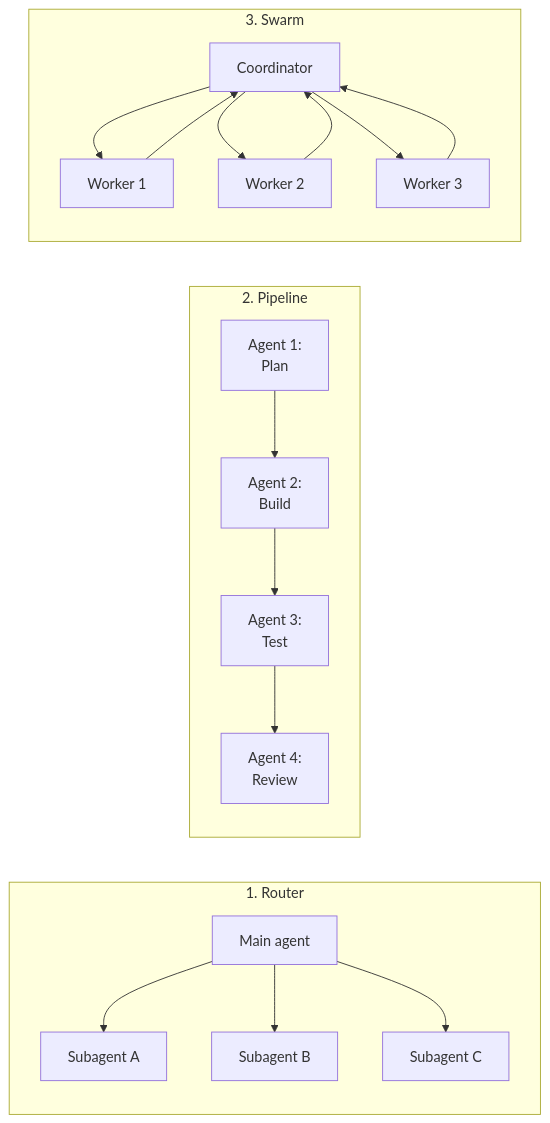
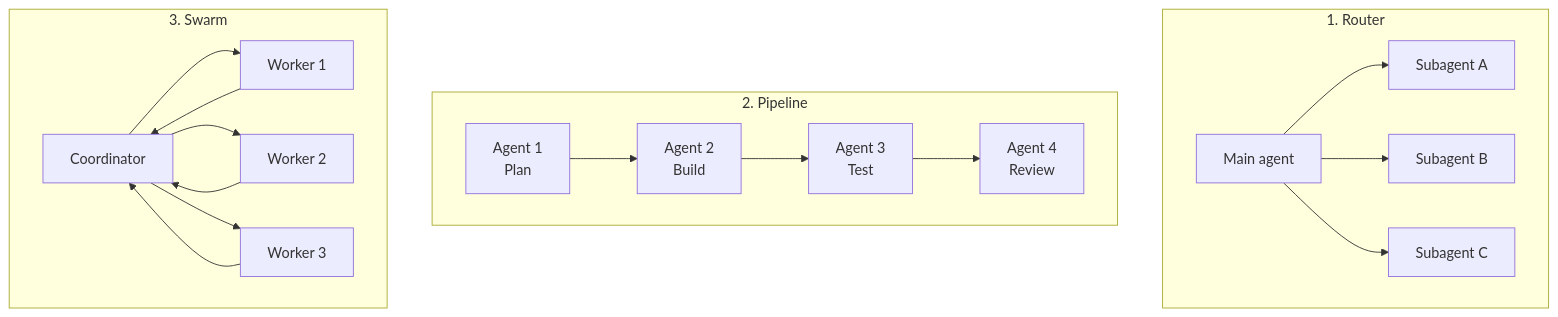
One commit to Isfhan/learn-agentic-coding changed the diagram in steps/12-subagents-orchestration.md. Above: the diagram before and after it, drawn with Mermaid. The commit also changed 25 other files, not shown here.

````diff
--- a/steps/12-subagents-orchestration.md
+++ b/steps/12-subagents-orchestration.md
@@ -78,21 +78,21 @@
 ```mermaid
-flowchart LR
+flowchart TD
     subgraph Router["1. Router"]
         R[Main agent] --> R1[Subagent A]
         R --> R2[Subagent B]
         R --> R3[Subagent C]
     end
 
     subgraph Pipeline["2. Pipeline"]
-        P1[Agent 1:<br/>Plan] --> P2[Agent 2:<br/>Build] --> P3[Agent 3:<br/>Test] --> P4[Agent 4:<br/>Review]
+        P1[Agent 1<br/>Plan] --> P2[Agent 2<br/>Build] --> P3[Agent 3<br/>Test] --> P4[Agent 4<br/>Review]
     end
 
     subgraph Swarm["3. Swarm"]
         S[Coordinator] --> S1[Worker 1]
         S --> S2[Worker 2]
         S --> S3[Worker 3]
         S1 --> S
         S2 --> S
         S3 --> S
     end
 ```
````
